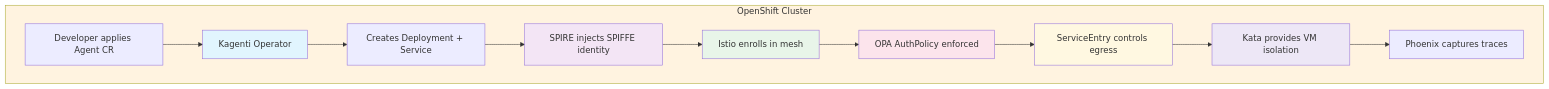
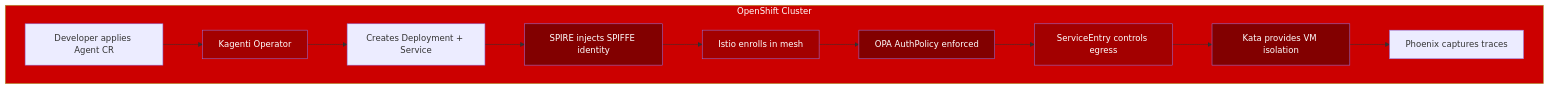
The second of 3 diagrams in docs/concepts/inner-outer-loop.md (rrbanda/agent-sandbox-ocp), drawn with Mermaid before and after one commit. The commit also changed other lines of this file and 6 other files, not shown here.

First line of the commit message:
Update diagrams: correct layer ordering and Red Hat branding

````diff
--- a/docs/concepts/inner-outer-loop.md
+++ b/docs/concepts/inner-outer-loop.md
@@ -66,21 +66,21 @@
 ```mermaid
 flowchart TD
     subgraph cluster["OpenShift Cluster"]
         A[Developer applies Agent CR] --> B[Kagenti Operator]
         B --> C[Creates Deployment + Service]
         C --> D[SPIRE injects SPIFFE identity]
         D --> E[Istio enrolls in mesh]
         E --> F[OPA AuthPolicy enforced]
         F --> G[ServiceEntry controls egress]
         G --> H[Kata provides VM isolation]
         H --> I[Phoenix captures traces]
     end
     
-    style cluster fill:#fff3e0
-    style B fill:#e1f5fe
-    style D fill:#f3e5f5
-    style E fill:#e8f5e9
-    style F fill:#fce4ec
-    style G fill:#fff8e1
-    style H fill:#ede7f6
+    style cluster fill:#CC0000,color:#FFFFFF
+    style B fill:#A30000,color:#FFFFFF
+    style D fill:#820000,color:#FFFFFF
+    style E fill:#A30000,color:#FFFFFF
+    style F fill:#820000,color:#FFFFFF
+    style G fill:#A30000,color:#FFFFFF
+    style H fill:#820000,color:#FFFFFF
 ```
````
